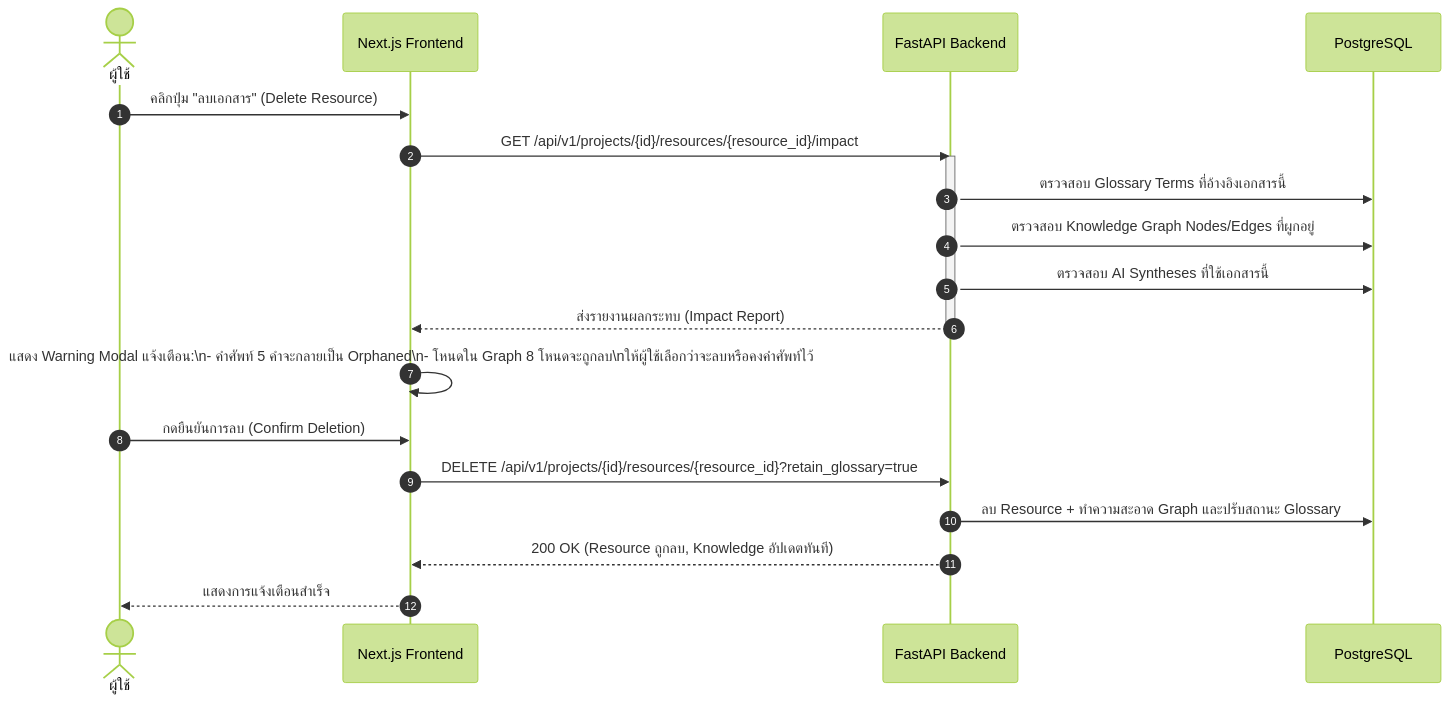
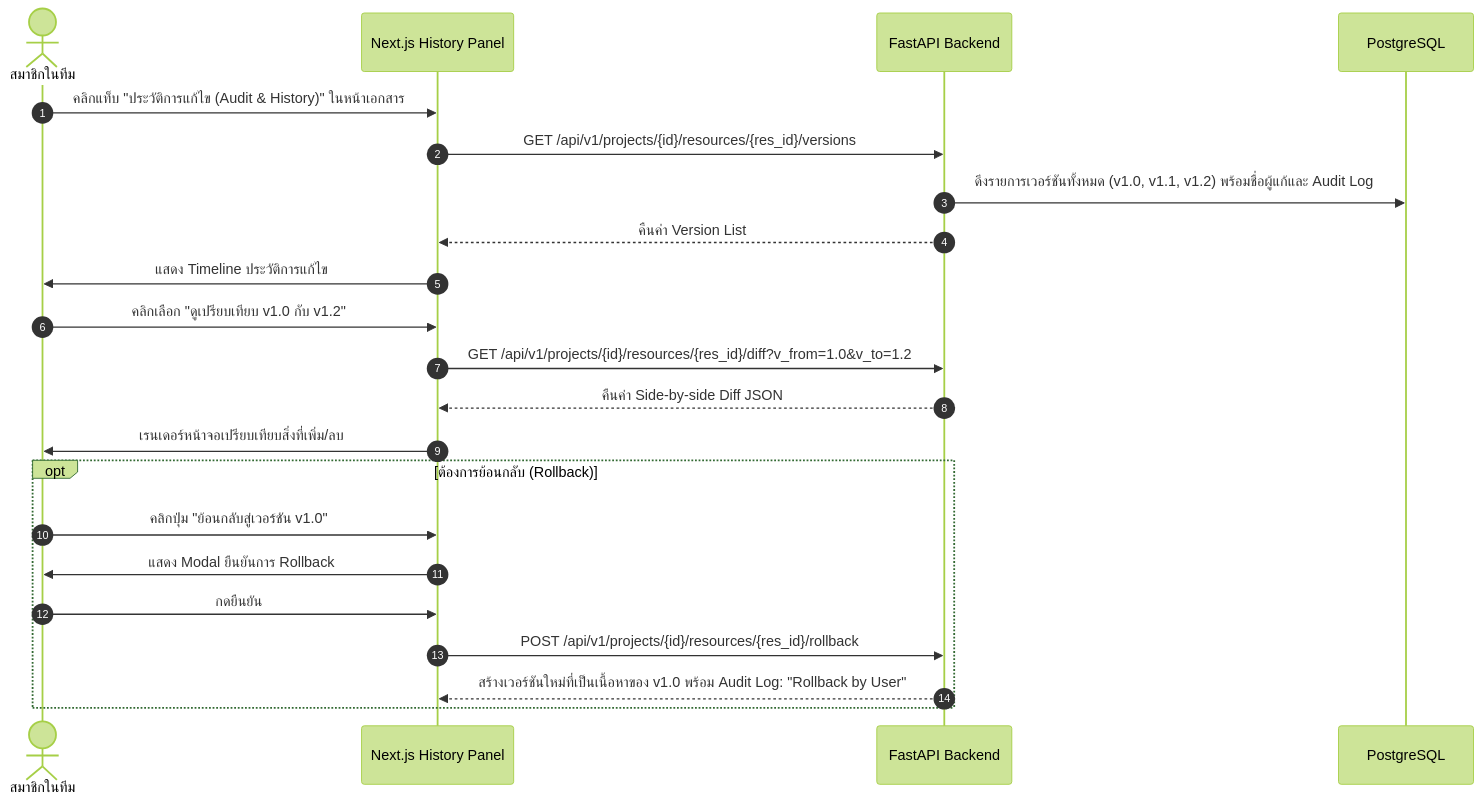
Before and after one commit to kelsonwinith/app.projectP: the fourth of 4 diagrams in docs/02_USER_JOURNEY_AND_FLOWS.md, drawn with Mermaid (forest theme). The commit also changed other lines of this file and 6 other files, not shown here.

````diff
--- a/docs/02_USER_JOURNEY_AND_FLOWS.md
+++ b/docs/02_USER_JOURNEY_AND_FLOWS.md
@@ -123,25 +120,27 @@
 ```mermaid
 sequenceDiagram
     autonumber
-    actor User as ผู้ใช้
-    participant UI as Next.js Frontend
+    actor User as สมาชิกในทีม
+    participant UI as Next.js History Panel
     participant API as FastAPI Backend
     participant DB as PostgreSQL
 
-    User->>UI: คลิกปุ่ม "ลบเอกสาร" (Delete Resource)
-    UI->>API: GET /api/v1/projects/{id}/resources/{resource_id}/impact
-    activate API
-    API->>DB: ตรวจสอบ Glossary Terms ที่อ้างอิงเอกสารนี้
-    API->>DB: ตรวจสอบ Knowledge Graph Nodes/Edges ที่ผูกอยู่
-    API->>DB: ตรวจสอบ AI Syntheses ที่ใช้เอกสารนี้
-    API-->>UI: ส่งรายงานผลกระทบ (Impact Report)
-    deactivate API
-
-    UI->>UI: แสดง Warning Modal แจ้งเตือน:\n- คำศัพท์ 5 คำจะกลายเป็น Orphaned\n- โหนดใน Graph 8 โหนดจะถูกลบ\nให้ผู้ใช้เลือกว่าจะลบหรือคงคำศัพท์ไว้
+    User->>UI: คลิกแท็บ "ประวัติการแก้ไข (Audit & History)" ในหน้าเอกสาร
+    UI->>API: GET /api/v1/projects/{id}/resources/{res_id}/versions
+    API->>DB: ดึงรายการเวอร์ชันทั้งหมด (v1.0, v1.1, v1.2) พร้อมชื่อผู้แก้และ Audit Log
+    API-->>UI: คืนค่า Version List
     
-    User->>UI: กดยืนยันการลบ (Confirm Deletion)
-    UI->>API: DELETE /api/v1/projects/{id}/resources/{resource_id}?retain_glossary=true
-    API->>DB: ลบ Resource + ทำความสะอาด Graph และปรับสถานะ Glossary
-    API-->>UI: 200 OK (Resource ถูกลบ, Knowledge อัปเดตทันที)
-    UI-->>User: แสดงการแจ้งเตือนสำเร็จ
+    UI->>User: แสดง Timeline ประวัติการแก้ไข
+    User->>UI: คลิกเลือก "ดูเปรียบเทียบ v1.0 กับ v1.2"
+    UI->>API: GET /api/v1/projects/{id}/resources/{res_id}/diff?v_from=1.0&v_to=1.2
+    API-->>UI: คืนค่า Side-by-side Diff JSON
+    UI->>User: เรนเดอร์หน้าจอเปรียบเทียบสิ่งที่เพิ่ม/ลบ
+    
+    opt ต้องการย้อนกลับ (Rollback)
+        User->>UI: คลิกปุ่ม "ย้อนกลับสู่เวอร์ชัน v1.0"
+        UI->>User: แสดง Modal ยืนยันการ Rollback
+        User->>UI: กดยืนยัน
+        UI->>API: POST /api/v1/projects/{id}/resources/{res_id}/rollback
+        API-->>UI: สร้างเวอร์ชันใหม่ที่เป็นเนื้อหาของ v1.0 พร้อม Audit Log: "Rollback by User"
+    end
 ```
````
